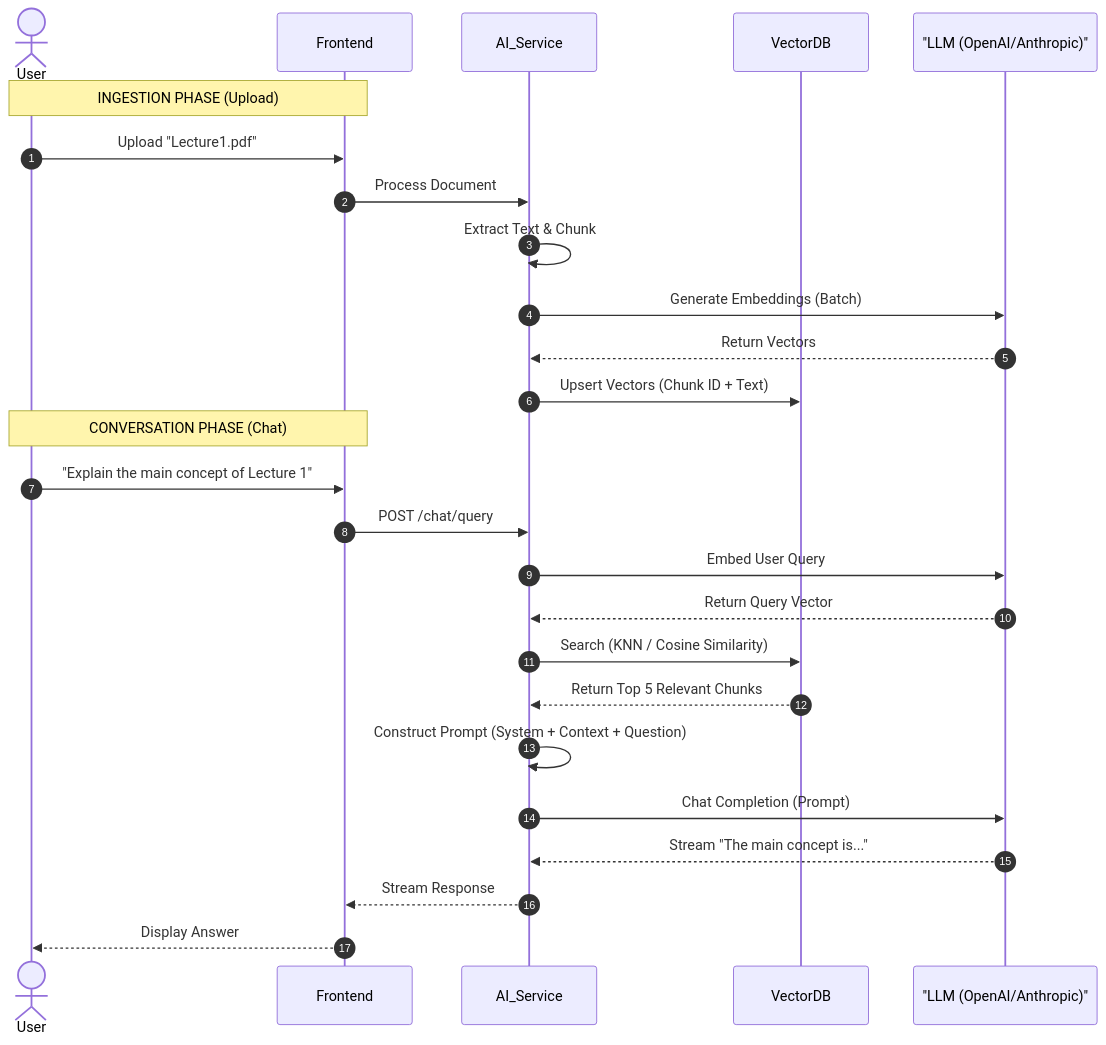
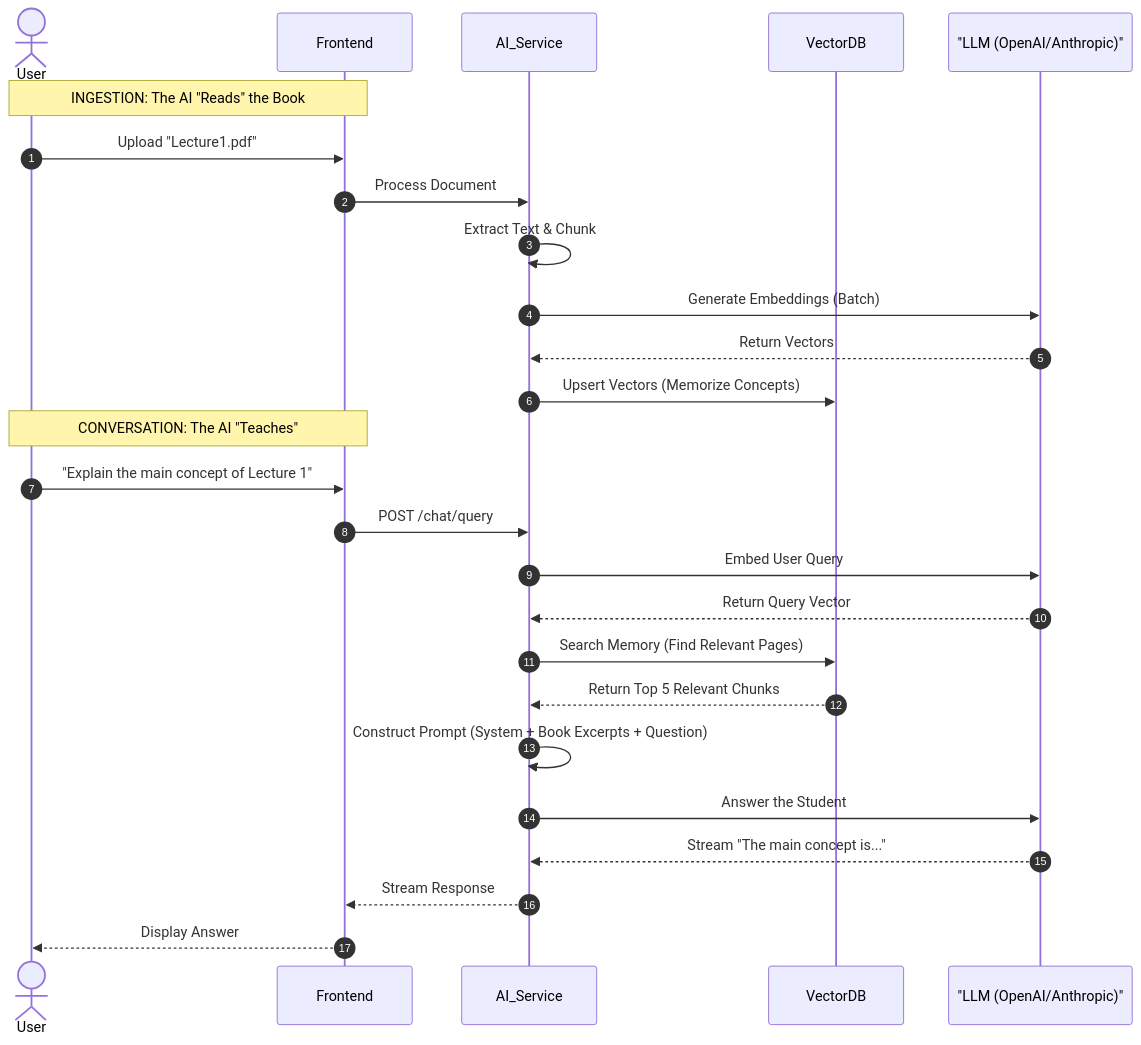
One commit to suvendukungfu/ai-education-platform changed the diagram in docs/06_AI_Workflow.md. Above: the diagram before and after it, drawn with Mermaid. The commit also changed other lines of this file and 5 other files, not shown here.

````diff
--- a/docs/06_AI_Workflow.md
+++ b/docs/06_AI_Workflow.md
@@ -30,33 +27,33 @@
 ```mermaid
 sequenceDiagram
     autonumber
     actor User
     participant Frontend
     participant AI_Service
     participant VectorDB
     participant LLM as "LLM (OpenAI/Anthropic)"
 
-    note over User, Frontend: INGESTION PHASE (Upload)
+    note over User, Frontend: INGESTION: The AI "Reads" the Book
     User->>Frontend: Upload "Lecture1.pdf"
     Frontend->>AI_Service: Process Document
     AI_Service->>AI_Service: Extract Text & Chunk
     AI_Service->>LLM: Generate Embeddings (Batch)
     LLM-->>AI_Service: Return Vectors
-    AI_Service->>VectorDB: Upsert Vectors (Chunk ID + Text)
+    AI_Service->>VectorDB: Upsert Vectors (Memorize Concepts)
 
-    note over User, Frontend: CONVERSATION PHASE (Chat)
+    note over User, Frontend: CONVERSATION: The AI "Teaches"
     User->>Frontend: "Explain the main concept of Lecture 1"
     Frontend->>AI_Service: POST /chat/query
     AI_Service->>LLM: Embed User Query
     LLM-->>AI_Service: Return Query Vector
 
-    AI_Service->>VectorDB: Search (KNN / Cosine Similarity)
+    AI_Service->>VectorDB: Search Memory (Find Relevant Pages)
     VectorDB-->>AI_Service: Return Top 5 Relevant Chunks
 
-    AI_Service->>AI_Service: Construct Prompt (System + Context + Question)
+    AI_Service->>AI_Service: Construct Prompt (System + Book Excerpts + Question)
 
-    AI_Service->>LLM: Chat Completion (Prompt)
+    AI_Service->>LLM: Answer the Student
     LLM-->>AI_Service: Stream "The main concept is..."
     AI_Service-->>Frontend: Stream Response
     Frontend-->>User: Display Answer
 ```
````
